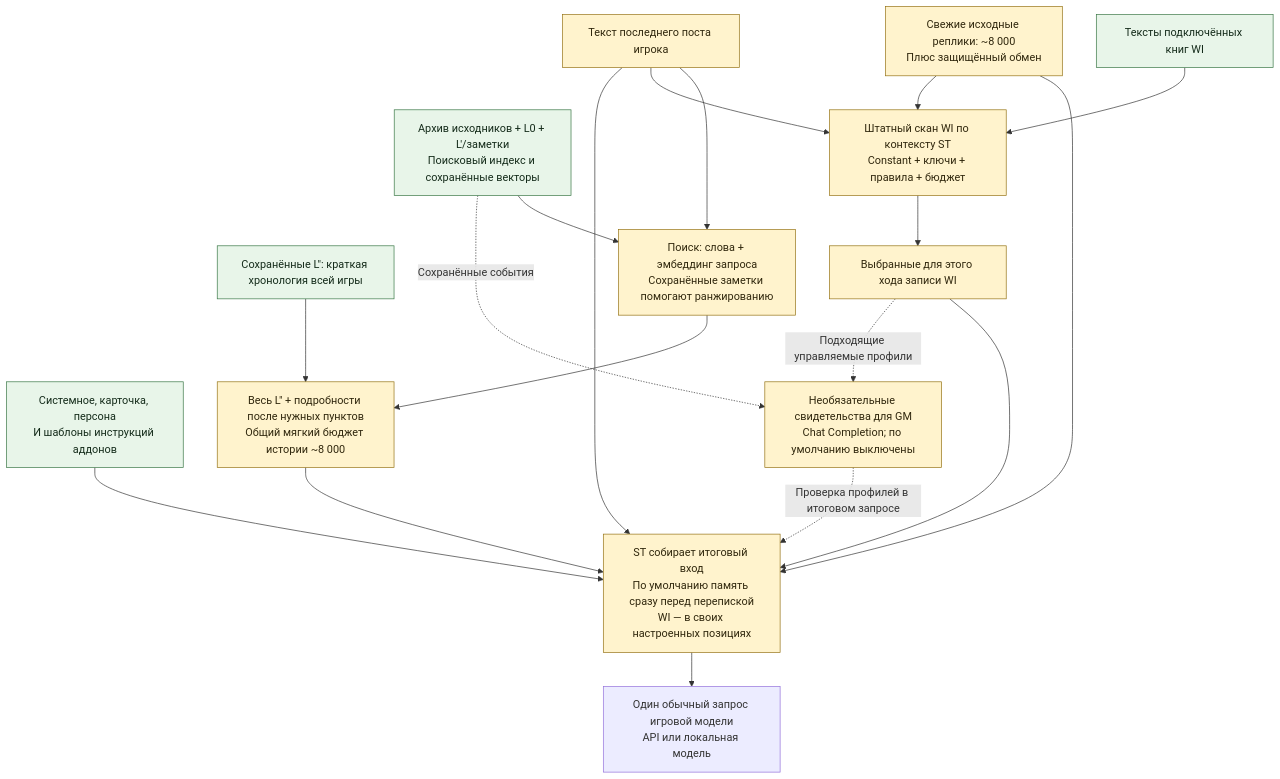
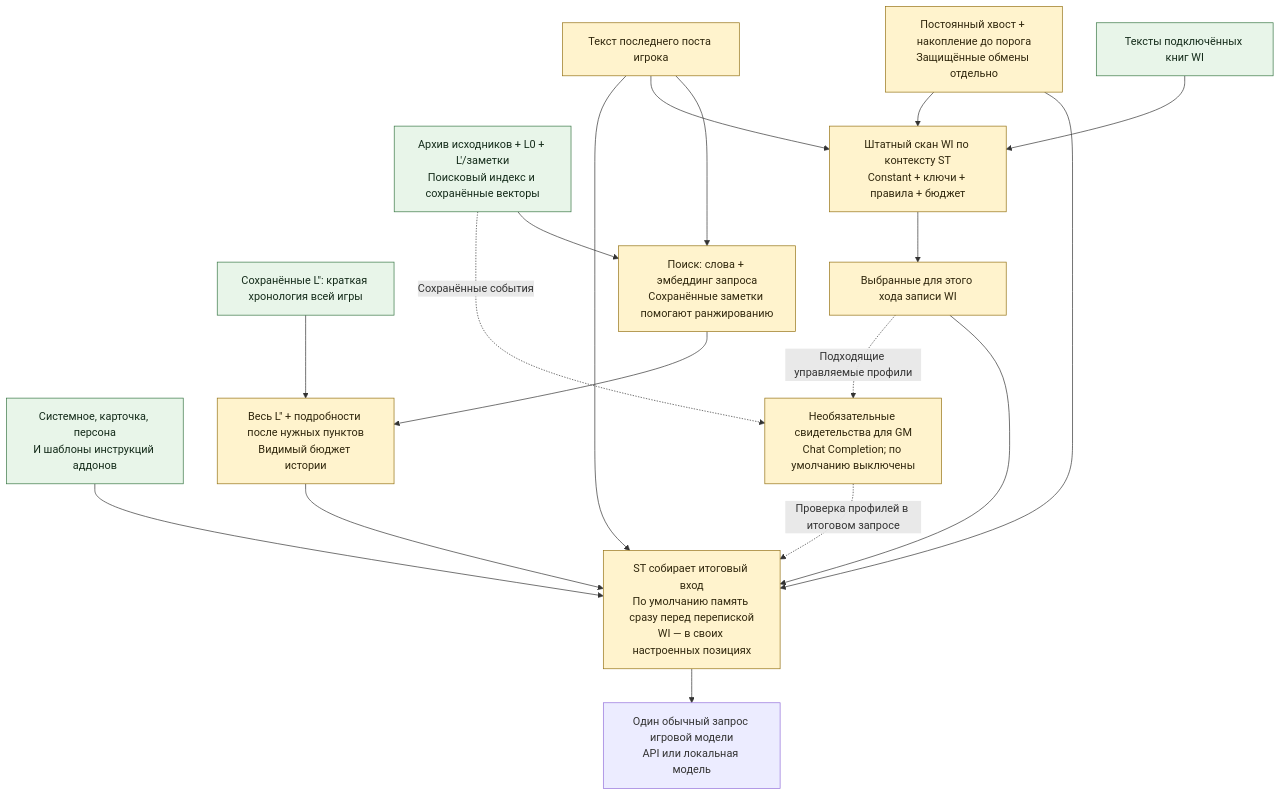
One commit to Ilya626/Extension-WorldMemory changed the second of 2 diagrams in README_RU.md. Above: the diagram before and after it, drawn with Mermaid. The commit also changed other lines of this file and 25 other files, not shown here.

````diff
--- a/README_RU.md
+++ b/README_RU.md
@@ -88,31 +101,31 @@
 ```mermaid
 flowchart TD
         C["Системное, карточка, персона<br/>И шаблоны инструкций аддонов"]
         I["Архив исходников + L0 + L′/заметки<br/>Поисковый индекс и сохранённые векторы"]
         J["Сохранённые L″: краткая хронология всей игры"]
         W["Тексты подключённых книг WI"]
         Q["Текст последнего поста игрока"] --> R["Поиск: слова + эмбеддинг запроса<br/>Сохранённые заметки помогают ранжированию"]
-        R --> H["Весь L″ + подробности после нужных пунктов<br/>Общий мягкий бюджет истории ~8 000"]
+        R --> H["Весь L″ + подробности после нужных пунктов<br/>Видимый бюджет истории"]
         J --> H
-        T["Свежие исходные реплики: ~8 000<br/>Плюс защищённый обмен"]
+        T["Постоянный хвост + накопление до порога<br/>Защищённые обмены отдельно"]
         S["Штатный скан WI по контексту ST<br/>Constant + ключи + правила + бюджет"]
         S --> X["Выбранные для этого хода записи WI"]
         G["ST собирает итоговый вход<br/>По умолчанию память сразу перед перепиской<br/>WI — в своих настроенных позициях"]
         H --> G
         T --> G
         X --> G
     I --> R
     W --> S
     Q --> S
     T --> S
     Q --> G
     C --> G
     X -. "Подходящие управляемые профили" .-> F["Необязательные свидетельства для GM<br/>Chat Completion; по умолчанию выключены"]
     I -. "Сохранённые события" .-> F
     F -. "Проверка профилей в итоговом запросе" .-> G
     G --> M["Один обычный запрос игровой модели<br/>API или локальная модель"]
     classDef saved fill:#e8f5e9,stroke:#387644,color:#142b1a;
     classDef rebuilt fill:#fff3cd,stroke:#947214,color:#30270d;
     class C,I,W,J saved;
     class Q,R,H,T,S,X,F,G rebuilt;
 ```
````
